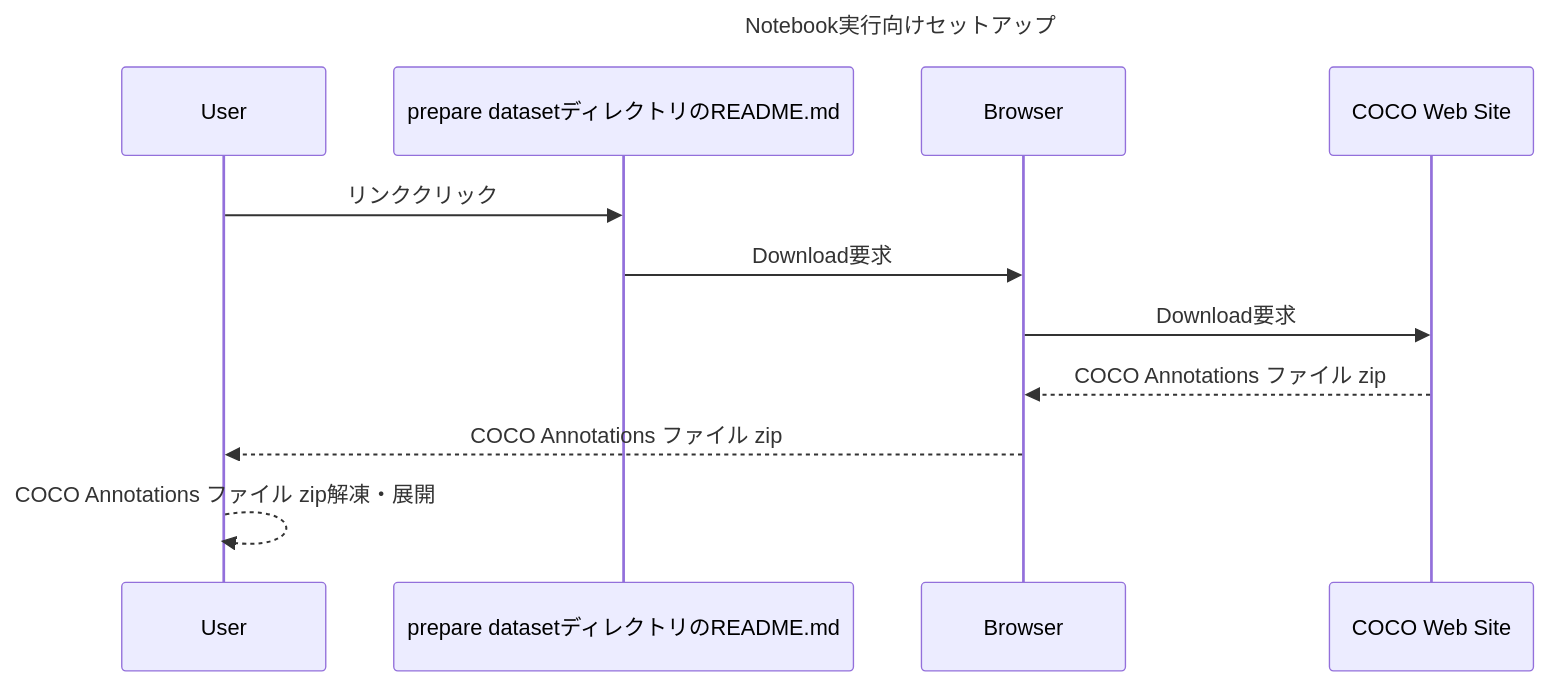
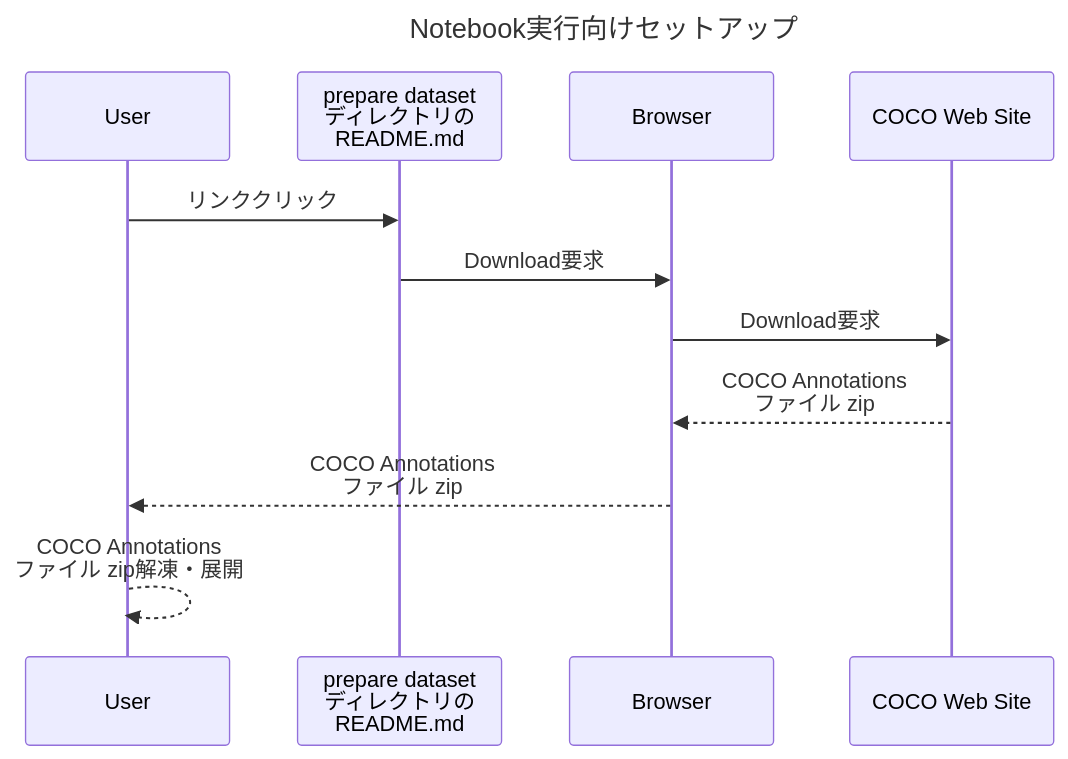
One commit to ZucchiniTang/aitrios-sdk-vision-sensing-app changed the third of 3 diagrams in docs/development-docs/AsciiDoc/VisionandSensingApplicationSDK_FuncSpec_ImageDownload_ja.adoc. Above: the diagram before and after it, drawn with Mermaid. The commit also changed other lines of this file and 3 other files, not shown here.

```diff
--- a/docs/development-docs/AsciiDoc/VisionandSensingApplicationSDK_FuncSpec_ImageDownload_ja.adoc
+++ b/docs/development-docs/AsciiDoc/VisionandSensingApplicationSDK_FuncSpec_ImageDownload_ja.adoc
@@ -111,16 +110,17 @@
 [mermaid]
 ----
+%%{init:{'themeVariables':{'fontSize':'20px'}, 'themeCSS':'text.actor {font-size:18px !important;} .messageText {font-size:18px !important;}'}}%%
 sequenceDiagram
     Title Notebook実行向けセットアップ
     participant user as User
-    participant readme as prepare datasetディレクトリのREADME.md
+    participant readme as prepare dataset<br/>ディレクトリの<br/>README.md
     participant browser as Browser
     participant coco as COCO Web Site
 
     user->>readme: リンククリック
     readme->>browser: Download要求
     browser->>coco: Download要求
-    coco-->>browser: COCO Annotations ファイル zip
-    browser-->>user: COCO Annotations ファイル zip
-    user-->>user: COCO Annotations ファイル zip解凍・展開
+    coco-->>browser: COCO Annotations<br/>ファイル zip
+    browser-->>user: COCO Annotations<br/>ファイル zip
+    user-->>user: COCO Annotations<br/>ファイル zip解凍・展開
 ----
```
